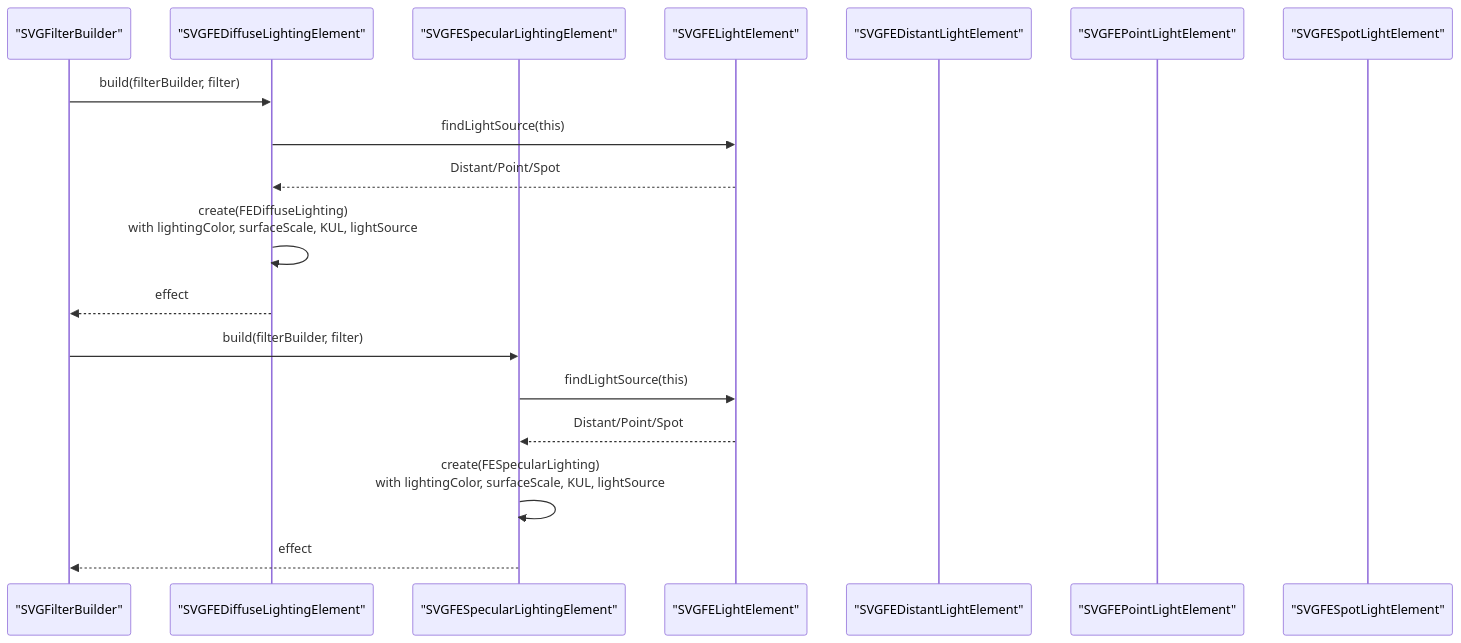
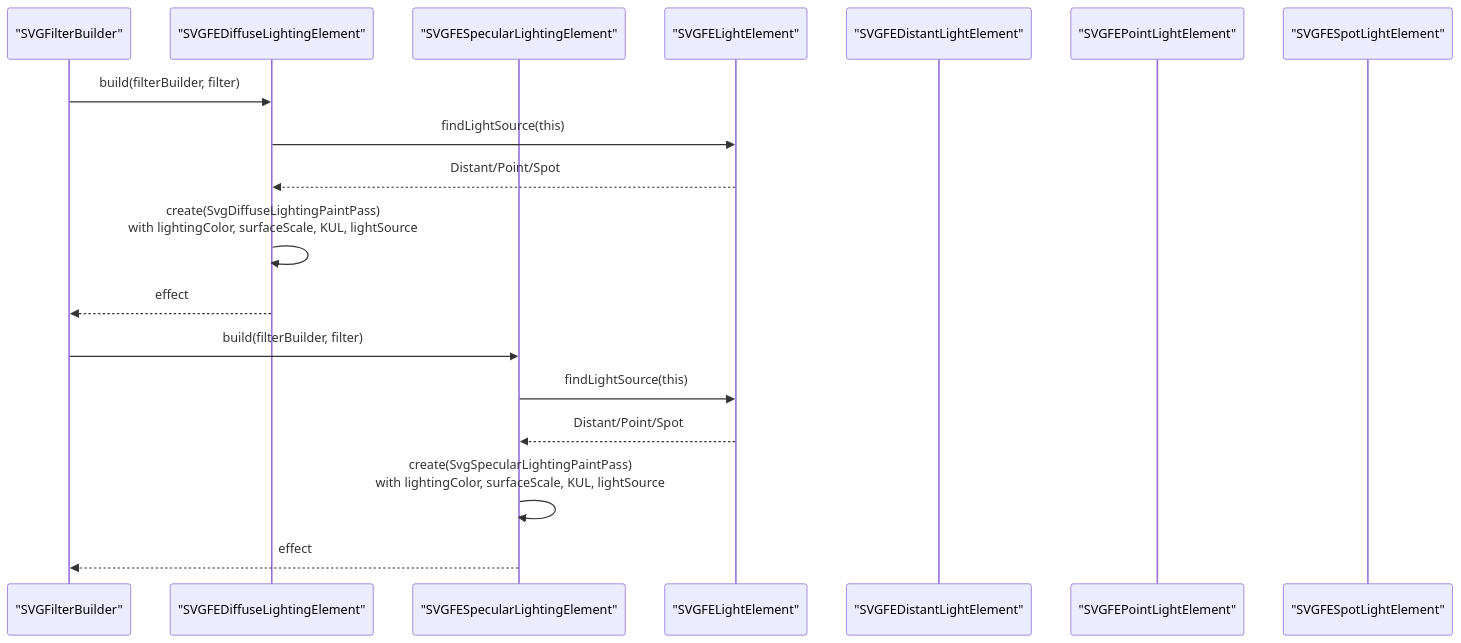
One commit to denisnadey/flutter_full_svg_support changed the second of 7 diagrams in .qoder/repowiki/en/content/Animated SVG Support/Advanced Animation Features/SVG Filters and Effects/Lighting and Surface Effects/Lighting and Surface Effects.md. Above: the diagram before and after it, drawn with Mermaid. The commit also changed other lines of this file and 15 other files, not shown here.

````diff
--- a/.qoder/repowiki/en/content/Animated SVG Support/Advanced Animation Features/SVG Filters and Effects/Lighting and Surface Effects/Lighting and Surface Effects.md
+++ b/.qoder/repowiki/en/content/Animated SVG Support/Advanced Animation Features/SVG Filters and Effects/Lighting and Surface Effects/Lighting and Surface Effects.md
@@ -106,20 +142,20 @@
 ```mermaid
 sequenceDiagram
 participant Builder as "SVGFilterBuilder"
 participant Diffuse as "SVGFEDiffuseLightingElement"
 participant Specular as "SVGFESpecularLightingElement"
 participant Light as "SVGFELightElement"
 participant Distant as "SVGFEDistantLightElement"
 participant Point as "SVGFEPointLightElement"
 participant Spot as "SVGFESpotLightElement"
 Builder->>Diffuse : build(filterBuilder, filter)
 Diffuse->>Light : findLightSource(this)
 Light-->>Diffuse : Distant/Point/Spot
-Diffuse->>Diffuse : create(FEDiffuseLighting)<br/>with lightingColor, surfaceScale, KUL, lightSource
+Diffuse->>Diffuse : create(SvgDiffuseLightingPaintPass)<br/>with lightingColor, surfaceScale, KUL, lightSource
 Diffuse-->>Builder : effect
 Builder->>Specular : build(filterBuilder, filter)
 Specular->>Light : findLightSource(this)
 Light-->>Specular : Distant/Point/Spot
-Specular->>Specular : create(FESpecularLighting)<br/>with lightingColor, surfaceScale, KUL, lightSource
+Specular->>Specular : create(SvgSpecularLightingPaintPass)<br/>with lightingColor, surfaceScale, KUL, lightSource
 Specular-->>Builder : effect
 ```
````
